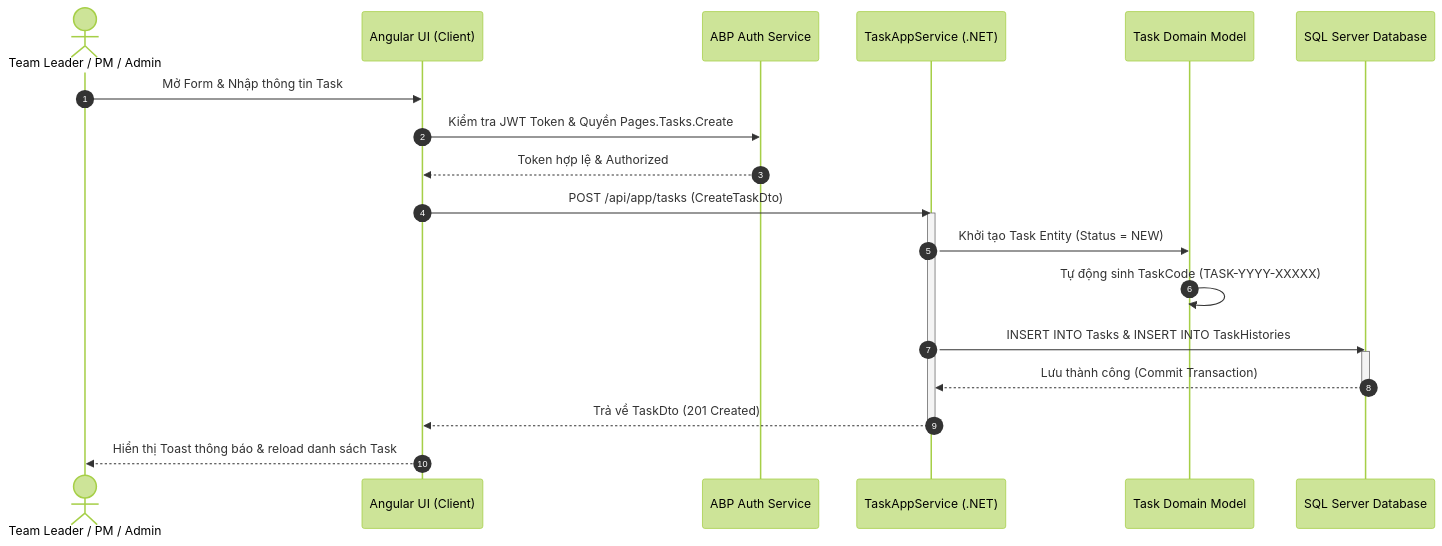
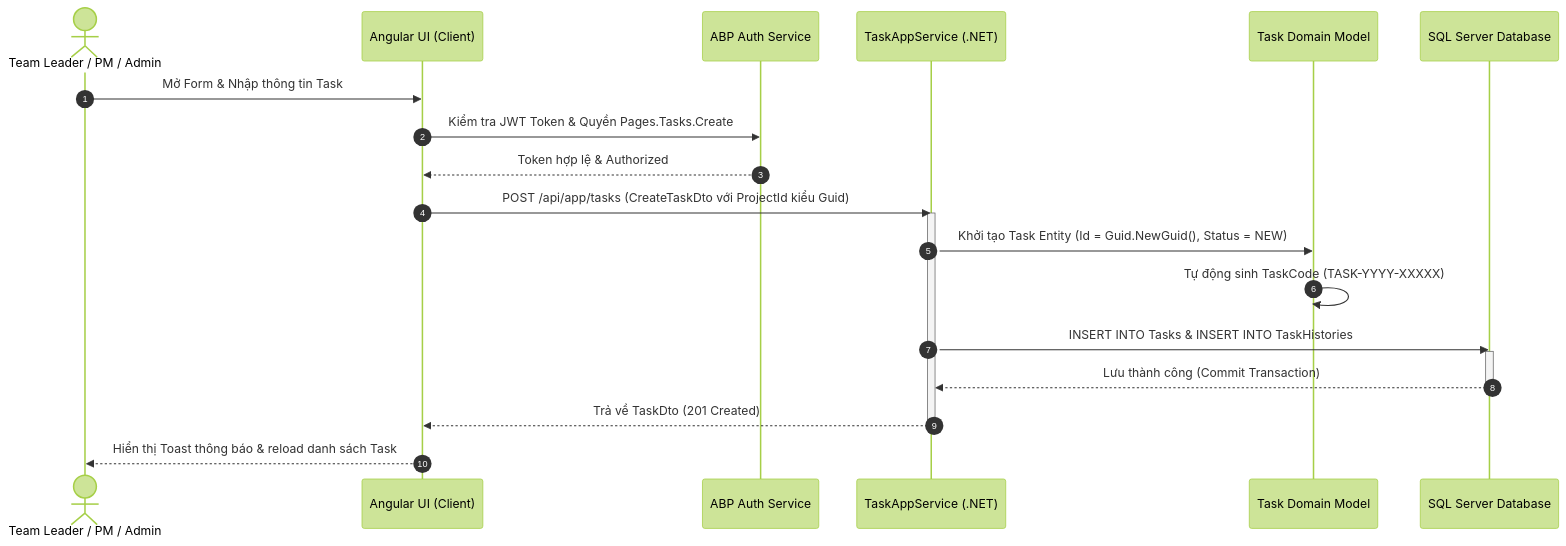
Before and after one commit to anhhthuu2404/task-management: the fifth of 13 diagrams in document/Design_Diagrams.md, drawn with Mermaid (forest theme). The commit also changed other lines of this file, not shown here.

````diff
--- a/document/Design_Diagrams.md
+++ b/document/Design_Diagrams.md
@@ -346,30 +346,30 @@
 ```mermaid
 sequenceDiagram
     autonumber
     actor TL as Team Leader / PM / Admin
     participant UI as Angular UI (Client)
     participant Auth as ABP Auth Service
     participant AppSrv as TaskAppService (.NET)
     participant Domain as Task Domain Model
     participant DB as SQL Server Database
 
     TL->>UI: Mở Form & Nhập thông tin Task
     UI->>Auth: Kiểm tra JWT Token & Quyền Pages.Tasks.Create
     Auth-->>UI: Token hợp lệ & Authorized
 
-    UI->>AppSrv: POST /api/app/tasks (CreateTaskDto)
+    UI->>AppSrv: POST /api/app/tasks (CreateTaskDto với ProjectId kiểu Guid)
     activate AppSrv
 
-    AppSrv->>Domain: Khởi tạo Task Entity (Status = NEW)
+    AppSrv->>Domain: Khởi tạo Task Entity (Id = Guid.NewGuid(), Status = NEW)
     Domain->>Domain: Tự động sinh TaskCode (TASK-YYYY-XXXXX)
 
     AppSrv->>DB: INSERT INTO Tasks & INSERT INTO TaskHistories
     activate DB
     DB-->>AppSrv: Lưu thành công (Commit Transaction)
     deactivate DB
 
     AppSrv-->>UI: Trả về TaskDto (201 Created)
     deactivate AppSrv
 
     UI-->>TL: Hiển thị Toast thông báo & reload danh sách Task
 ```
````
